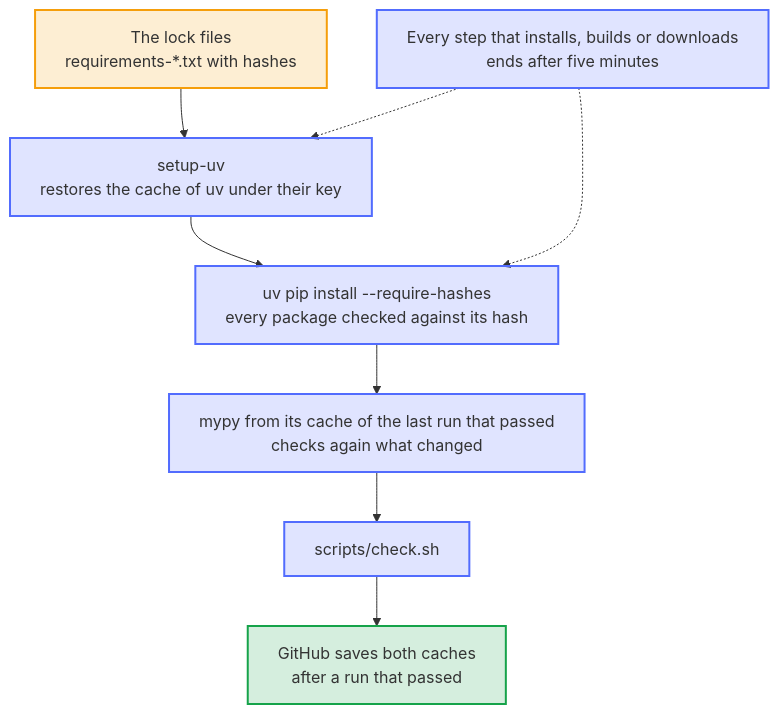
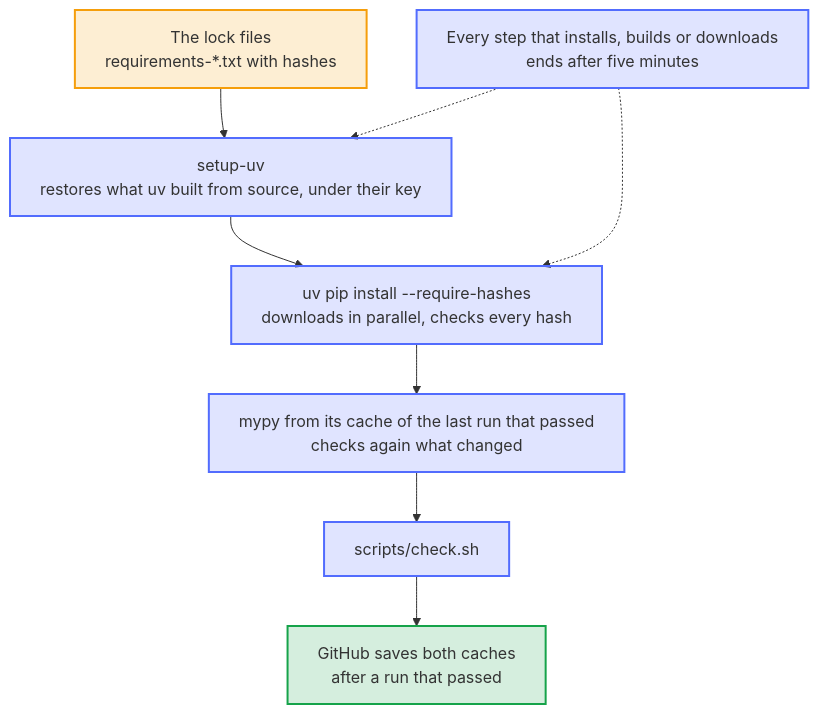
One commit to Dennis-Otto/repo-blueprint changed the diagram in docs/diagrams/how-a-job-of-the-ci-gets-its-tools.mmd. Above: the diagram before and after it, drawn with Mermaid. The commit also changed 17 other files, not shown here.

First line of the commit message:
perf(ci): keep only the wheels that uv built from source in its cache

```diff
--- a/docs/diagrams/how-a-job-of-the-ci-gets-its-tools.mmd
+++ b/docs/diagrams/how-a-job-of-the-ci-gets-its-tools.mmd
@@ -1,27 +1,27 @@
 ---
 config:
   flowchart:
     wrappingWidth: 400
 ---
 flowchart TB
     accTitle: How a job of the CI gets its tools
-    accDescr: setup-uv restores the cache of uv under a key of the lock files that the job installs, and uv installs every tool from it, checked against the hash of the lock file. mypy starts from its cache of the last run that passed and checks again what changed. Every step that installs, builds or downloads ends after five minutes. After a run that passed, GitHub saves both caches.
+    accDescr: setup-uv restores the wheels that uv built from source, under a key of the lock files that the job installs, and uv downloads every other package, each checked against the hash of the lock file. mypy starts from its cache of the last run that passed and checks again what changed. Every step that installs, builds or downloads ends after five minutes. After a run that passed, GitHub saves both caches.
 
     lock["The lock files<br>requirements-*.txt with hashes"]
-    uv["setup-uv<br>restores the cache of uv under their key"]
-    install["uv pip install --require-hashes<br>every package checked against its hash"]
+    uv["setup-uv<br>restores what uv built from source, under their key"]
+    install["uv pip install --require-hashes<br>downloads in parallel, checks every hash"]
     mypy["mypy from its cache of the last run that passed<br>checks again what changed"]
     checks["scripts/check.sh"]
     save["GitHub saves both caches<br>after a run that passed"]
     limit["Every step that installs, builds or downloads<br>ends after five minutes"]
 
     lock --> uv --> install --> mypy --> checks --> save
     limit -.-> uv
     limit -.-> install
 
     classDef you fill:#f59e0b2e,stroke:#f59e0b,stroke-width:2px
     classDef bot fill:#526cfe2e,stroke:#526cfe,stroke-width:2px
     classDef done fill:#16a34a2e,stroke:#16a34a,stroke-width:2px
     class lock you
     class uv,install,mypy,checks,limit bot
     class save done
```
